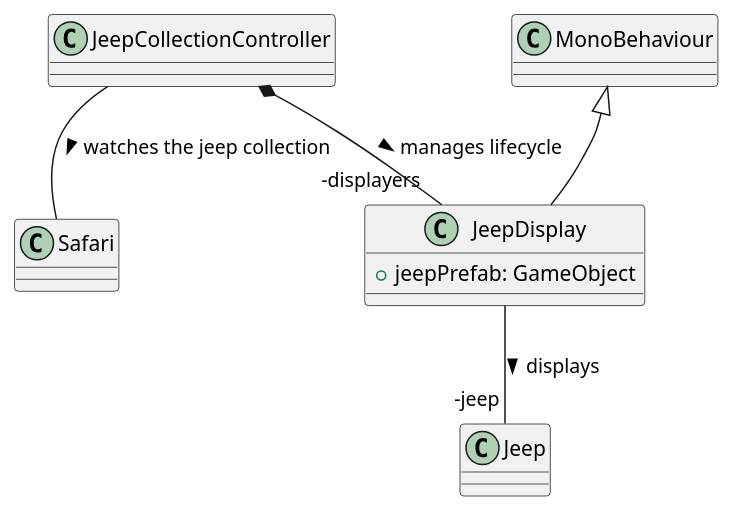
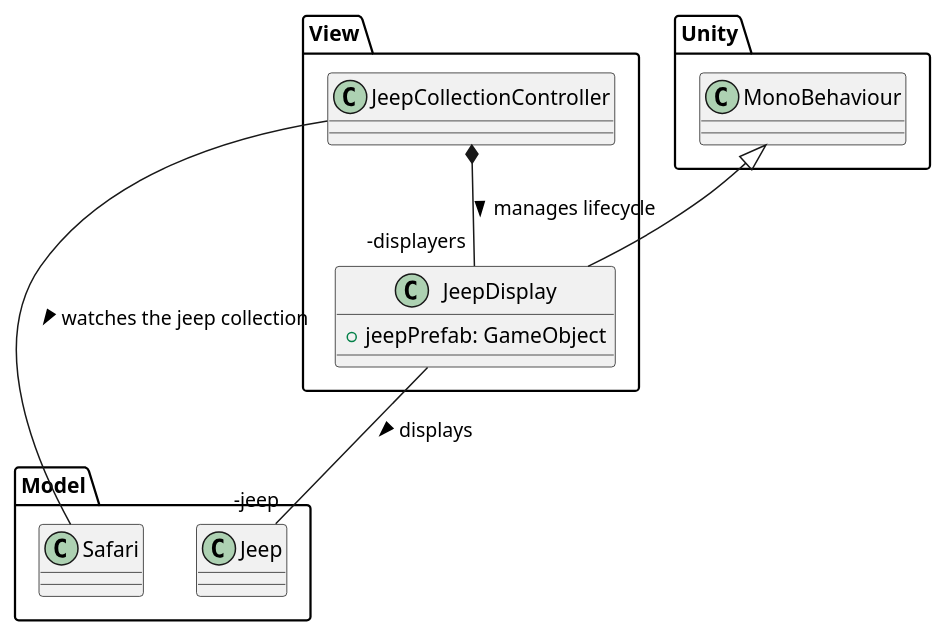
One commit to Peter-Balint/SafariGame changed the diagram in view/jeeps.plantuml. Above: the diagram before and after it, drawn with PlantUML. The commit also changed 9 other files, not shown here.

Commit message:
added namespaces to smaller diagrams for connections

```diff
--- a/view/jeeps.plantuml
+++ b/view/jeeps.plantuml
@@ -1,16 +1,17 @@
 @startuml
+namespace View{
 class JeepCollectionController{
 
 }
 
 class JeepDisplay{
     +jeepPrefab: GameObject
 }
-
-MonoBehaviour <|-- JeepDisplay
-JeepDisplay -- "-jeep" Jeep: displays >
+}
+Unity.MonoBehaviour <|-- JeepDisplay
+JeepDisplay -- "-jeep" Model.Jeep: displays >
 
 JeepCollectionController *-- "-displayers" JeepDisplay: manages lifecycle >
 
-JeepCollectionController -- Safari: watches the jeep collection > 
+JeepCollectionController -- Model.Safari: watches the jeep collection > 
 @enduml
```
